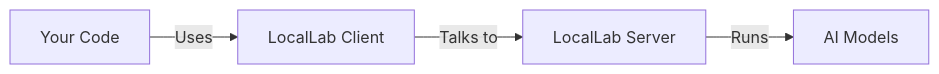
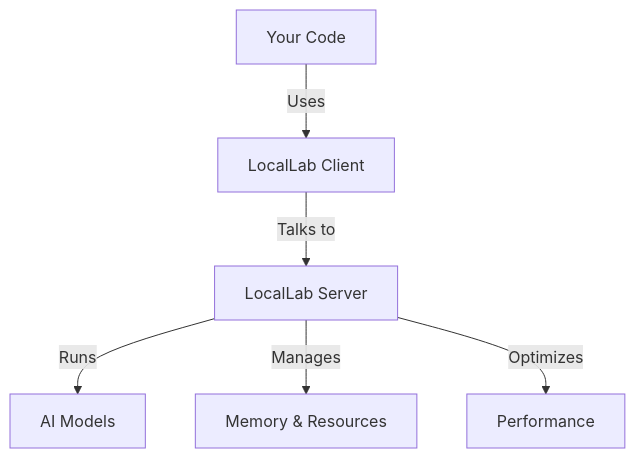
One commit to UtkarshTheDev/LocalLab changed the diagram in README.md. Above: the diagram before and after it, drawn with Mermaid. The commit also changed other lines of this file and 3 other files, not shown here.

````diff
--- a/README.md
+++ b/README.md
@@ -9,5 +9,8 @@
 ```mermaid
-graph LR
-    A[LocalLab Server] -->|Runs| B[AI Models]
-    C[Your Code] -->|Uses| D[LocalLab Client] -->|Talks to| A
+graph TD
+    A[Your Code] -->|Uses| B[LocalLab Client]
+    B -->|Talks to| C[LocalLab Server]
+    C -->|Runs| D[AI Models]
+    C -->|Manages| E[Memory & Resources]
+    C -->|Optimizes| F[Performance]
 ```
````
